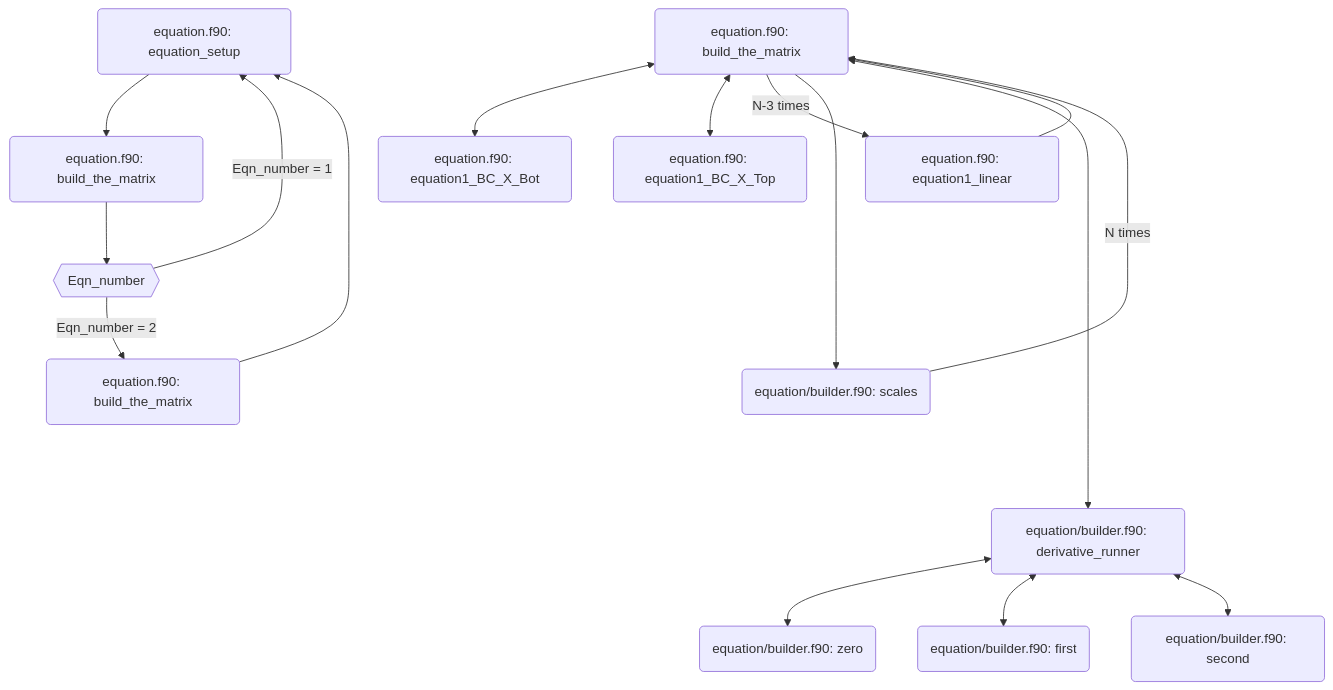
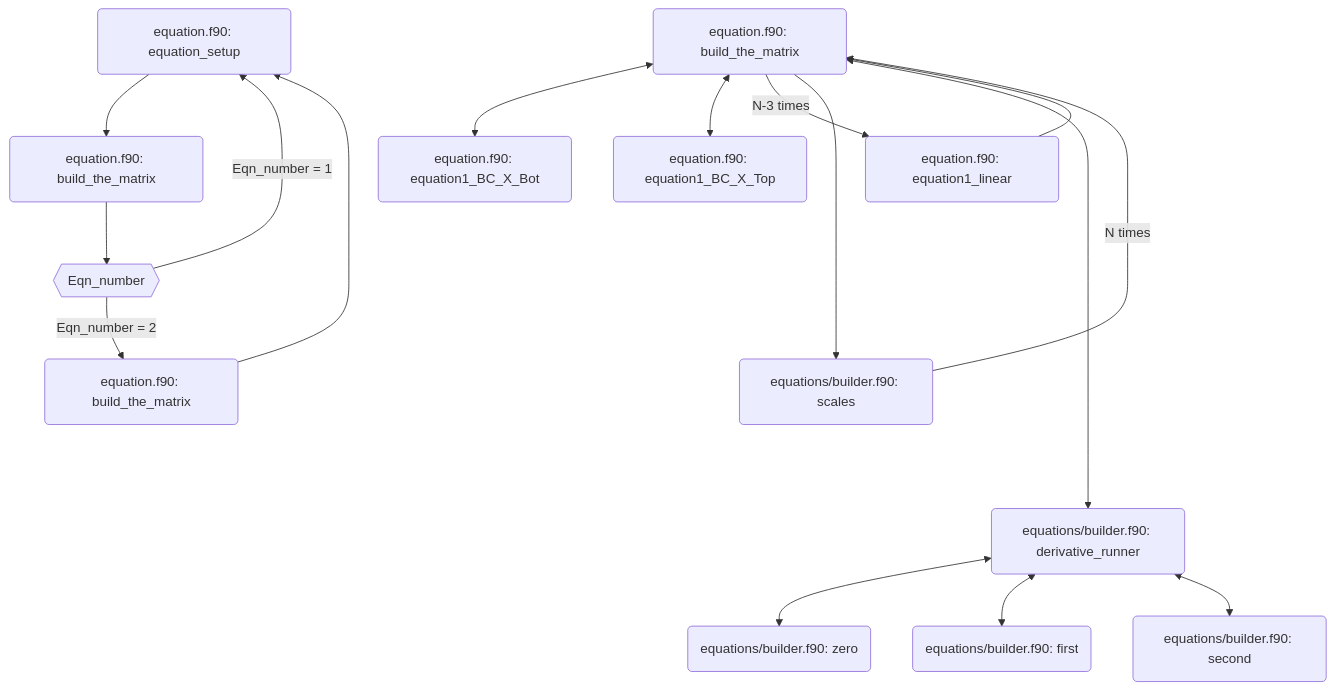
Before and after one commit to ImperialCollegeLondon/ReCoDE-Turing-Patterns-and-Partial-Differential-Equations: the second of 2 diagrams in notebooks/07.non-uniform_domain.md, drawn with Mermaid. The commit also changed other lines of this file and 20 other files, not shown here.

````diff
--- a/notebooks/07.non-uniform_domain.md
+++ b/notebooks/07.non-uniform_domain.md
@@ -71,19 +71,19 @@
 ```mermaid
 graph TD;
     id0(equation.f90: equation_setup) --> id1(equation.f90: build_the_matrix)
     id1(equation.f90: build_the_matrix) --> id2{{Eqn_number}}
     id2{{Eqn_number}} --> |Eqn_number = 1| id0(equation.f90: equation_setup)
     id2{{Eqn_number}} --> |Eqn_number = 2| id3(equation.f90: build_the_matrix)
     id3(equation.f90: build_the_matrix) --> id0(equation.f90: equation_setup) 
 
     id4(equation.f90: build_the_matrix) <--> id5(equation.f90: equation1_BC_X_Bot)
     id4(equation.f90: build_the_matrix) <--> id6(equation.f90: equation1_BC_X_Top)
     id4(equation.f90: build_the_matrix) --> |N-3 times| id7(equation.f90: equation1_linear)
     id7(equation.f90: equation1_linear) --> id4(equation.f90: build_the_matrix)
-    id4(equation.f90: build_the_matrix) ----> id8(equation/builder.f90: scales)
-    id8(equation/builder.f90: scales) ----> |N times| id4(equation.f90: build_the_matrix)
-    id4(equation.f90: build_the_matrix) <------> id9(equation/builder.f90: derivative_runner)
-    id9(equation/builder.f90: derivative_runner) <--> d11(equation/builder.f90: zero)
-    id9(equation/builder.f90: derivative_runner) <--> d12(equation/builder.f90: first)
-    id9(equation/builder.f90: derivative_runner) <--> d13(equation/builder.f90: second)
+    id4(equation.f90: build_the_matrix) ----> id8(equations/builder.f90: scales)
+    id8(equations/builder.f90: scales) ----> |N times| id4(equation.f90: build_the_matrix)
+    id4(equation.f90: build_the_matrix) <------> id9(equations/builder.f90: derivative_runner)
+    id9(equations/builder.f90: derivative_runner) <--> d11(equations/builder.f90: zero)
+    id9(equations/builder.f90: derivative_runner) <--> d12(equations/builder.f90: first)
+    id9(equations/builder.f90: derivative_runner) <--> d13(equations/builder.f90: second)
 ```
````
